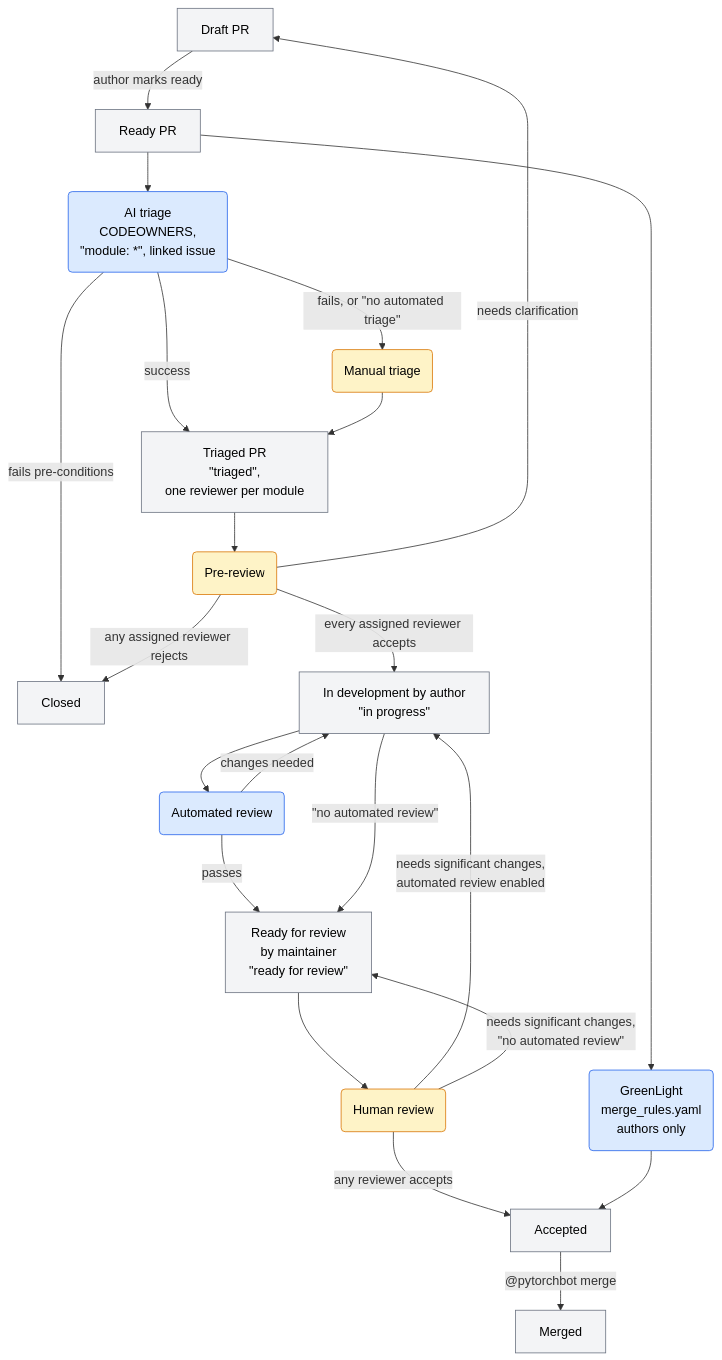
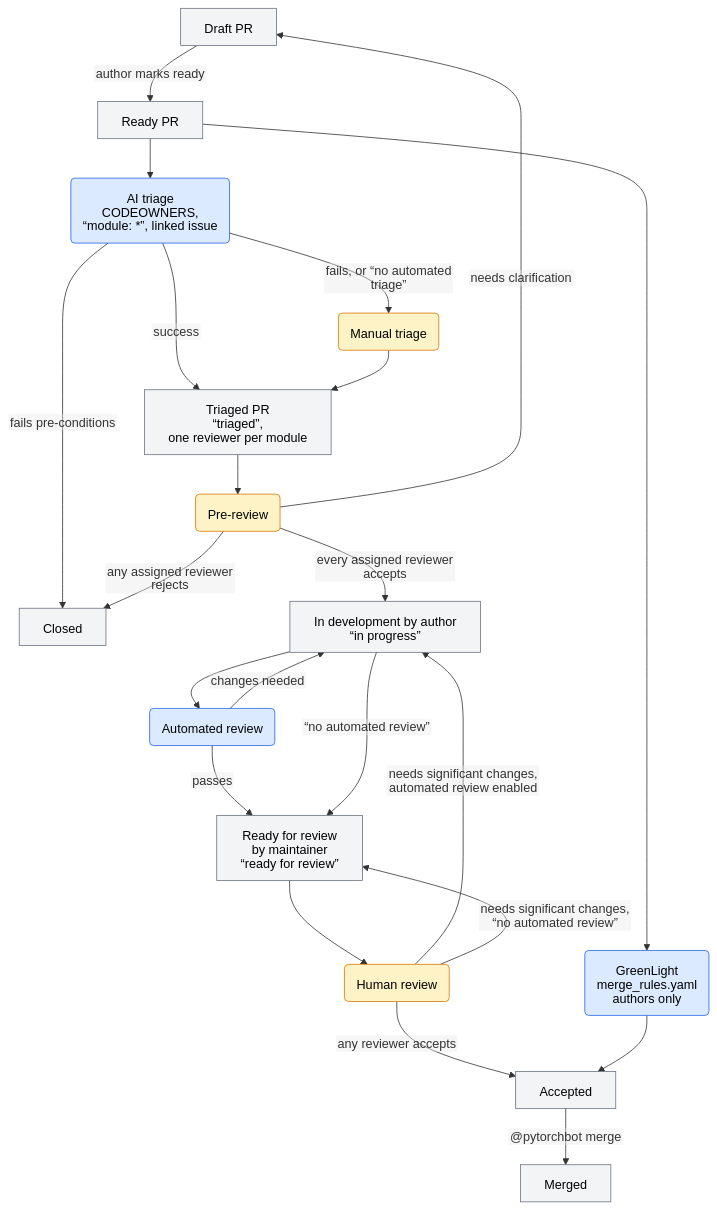
One commit to pytorch/pytorch changed the second of 2 diagrams in CONTRIBUTING.md. Above: the diagram before and after it, drawn with Mermaid. The commit also changed other lines of this file, not shown here.

Commit message:
Update
[ghstack-poisoned]

````diff
--- a/CONTRIBUTING.md
+++ b/CONTRIBUTING.md
@@ -125,27 +126,28 @@
 ```mermaid
+%%{init: {"htmlLabels": false, "flowchart": {"htmlLabels": false}}}%%
 flowchart TD
     draft[Draft PR] -- author marks ready --> ready[Ready PR]
-    ready --> ai("AI triage<br/>CODEOWNERS,<br/>#quot;module: *#quot;, linked issue")
+    ready --> ai("AI triage<br/>CODEOWNERS,<br/>“module: *”, linked issue")
     ai -- fails pre-conditions --> closed[Closed]
-    ai -- success --> triaged["Triaged PR<br/>#quot;triaged#quot;,<br/>one reviewer per module"]
-    ai -- "fails, or #quot;no automated triage#quot;" --> htriage(Manual triage) --> triaged
+    ai -- success --> triaged["Triaged PR<br/>“triaged”,<br/>one reviewer per module"]
+    ai -- "fails, or “no automated triage”" --> htriage(Manual triage) --> triaged
     triaged --> pre(Pre-review)
     pre -- any assigned reviewer rejects --> closed
     pre -- needs clarification --> draft
-    pre -- every assigned reviewer accepts --> dev["In development by author<br/>#quot;in progress#quot;"]
-    dev --> auto(Automated review) -- passes --> rfr["Ready for review<br/>by maintainer<br/>#quot;ready for review#quot;"]
+    pre -- every assigned reviewer accepts --> dev["In development by author<br/>“in progress”"]
+    dev --> auto(Automated review) -- passes --> rfr["Ready for review<br/>by maintainer<br/>“ready for review”"]
     auto -- changes needed --> dev
-    dev -- "#quot;no automated review#quot;" --> rfr
+    dev -- "“no automated review”" --> rfr
     rfr --> review(Human review)
     review -- "needs significant changes,<br/>automated review enabled" --> dev
-    review -- "needs significant changes,<br/>#quot;no automated review#quot;" --> rfr
+    review -- "needs significant changes,<br/>“no automated review”" --> rfr
     review -- any reviewer accepts --> accepted[Accepted]
     ready --> gl("GreenLight<br/>merge_rules.yaml<br/>authors only") --> accepted
     accepted -- "@pytorchbot merge" --> merged[Merged]
     classDef state fill:#f3f4f6,stroke:#6b7280,color:#000
     classDef aiproc fill:#dbeafe,stroke:#2563eb,color:#000
     classDef humanproc fill:#fef3c7,stroke:#d97706,color:#000
     class draft,ready,closed,triaged,dev,rfr,accepted,merged state
     class ai,auto,gl aiproc
     class htriage,pre,review humanproc
 ```
````
